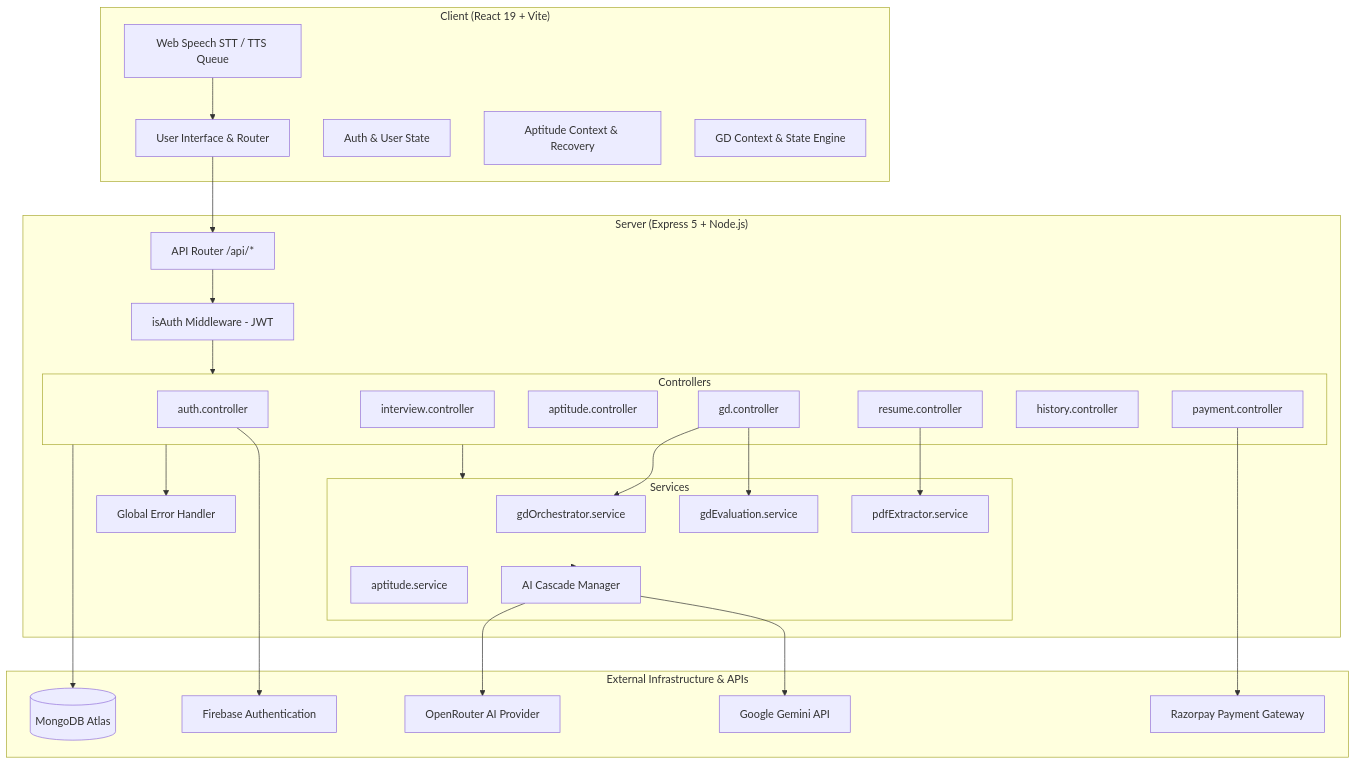
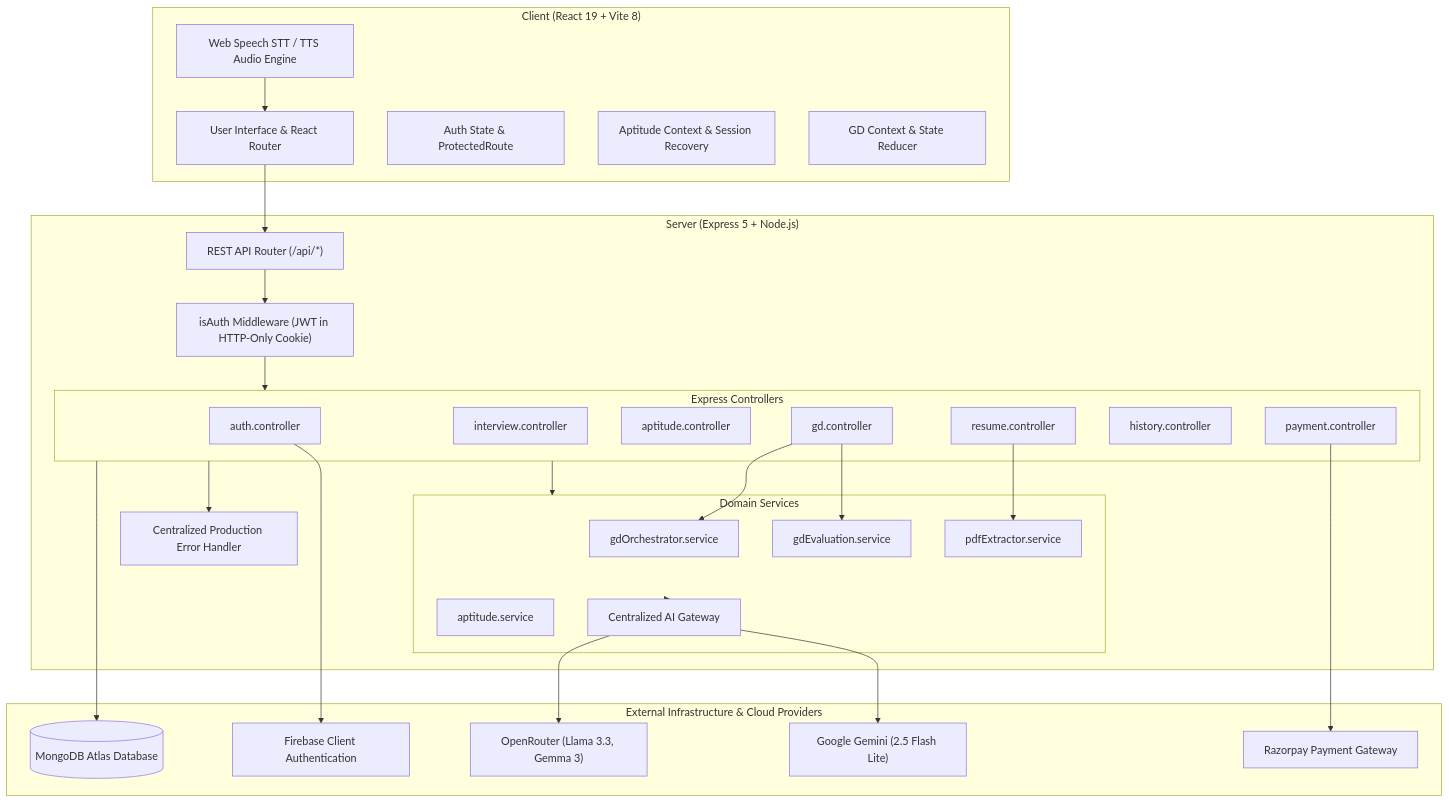
The first of 2 diagrams in README.md (lucky5111397/Intellivora), drawn with Mermaid before and after one commit. The commit also changed other lines of this file and 23 other files, not shown here.

````diff
--- a/README.md
+++ b/README.md
@@ -82,59 +126,59 @@
 ```mermaid
 flowchart TD
-    subgraph Client["Client (React 19 + Vite)"]
-        UI[User Interface & Router]
-        AuthCtx[Auth & User State]
-        AudioEngine[Web Speech STT / TTS Queue]
-        AptCtx[Aptitude Context & Recovery]
-        GDCtx[GD Context & State Engine]
+    subgraph Client["Client (React 19 + Vite 8)"]
+        UI["User Interface & React Router"]
+        AuthCtx["Auth State & ProtectedRoute"]
+        AudioEngine["Web Speech STT / TTS Audio Engine"]
+        AptCtx["Aptitude Context & Session Recovery"]
+        GDCtx["GD Context & State Reducer"]
     end
 
     subgraph Server["Server (Express 5 + Node.js)"]
-        API[API Router /api/*]
-        AuthMW[isAuth Middleware - JWT]
-        ErrMW[Global Error Handler]
+        API["REST API Router (/api/*)"]
+        AuthMW["isAuth Middleware (JWT in HTTP-Only Cookie)"]
+        ErrMW["Centralized Production Error Handler"]
         
-        subgraph Controllers
-            AC[auth.controller]
-            IC[interview.controller]
-            ApC[aptitude.controller]
-            RC[resume.controller]
-            GDC[gd.controller]
-            HC[history.controller]
-            PC[payment.controller]
+        subgraph Controllers["Express Controllers"]
+            AC["auth.controller"]
+            IC["interview.controller"]
+            ApC["aptitude.controller"]
+            RC["resume.controller"]
+            GDC["gd.controller"]
+            HC["history.controller"]
+            PC["payment.controller"]
         end
 
-        subgraph Services
-            GDOpt[gdOrchestrator.service]
-            GDEval[gdEvaluation.service]
-            AptSvc[aptitude.service]
-            PDFSvc[pdfExtractor.service]
-            AIFallback[AI Cascade Manager]
+        subgraph Services["Domain Services"]
+            GDOpt["gdOrchestrator.service"]
+            GDEval["gdEvaluation.service"]
+            AptSvc["aptitude.service"]
+            PDFSvc["pdfExtractor.service"]
+            AIGateway["Centralized AI Gateway"]
         end
     end
 
-    subgraph External["External Infrastructure & APIs"]
-        Mongo[(MongoDB Atlas)]
-        Firebase[Firebase Authentication]
-        OpenRouter[OpenRouter AI Provider]
-        Gemini[Google Gemini API]
-        Razorpay[Razorpay Payment Gateway]
+    subgraph External["External Infrastructure & Cloud Providers"]
+        Mongo[("MongoDB Atlas Database")]
+        Firebase["Firebase Client Authentication"]
+        OpenRouter["OpenRouter (Llama 3.3, Gemma 3)"]
+        Gemini["Google Gemini (2.5 Flash Lite)"]
+        Razorpay["Razorpay Payment Gateway"]
     end
 
     UI --> API
     AudioEngine --> UI
     API --> AuthMW
     AuthMW --> Controllers
     Controllers --> Services
     Controllers --> ErrMW
 
     AC --> Firebase
     Controllers --> Mongo
     RC --> PDFSvc
     GDC --> GDOpt
     GDC --> GDEval
-    Services --> AIFallback
-    AIFallback --> OpenRouter
-    AIFallback --> Gemini
+    Services --> AIGateway
+    AIGateway --> OpenRouter
+    AIGateway --> Gemini
     PC --> Razorpay
 ```
````
